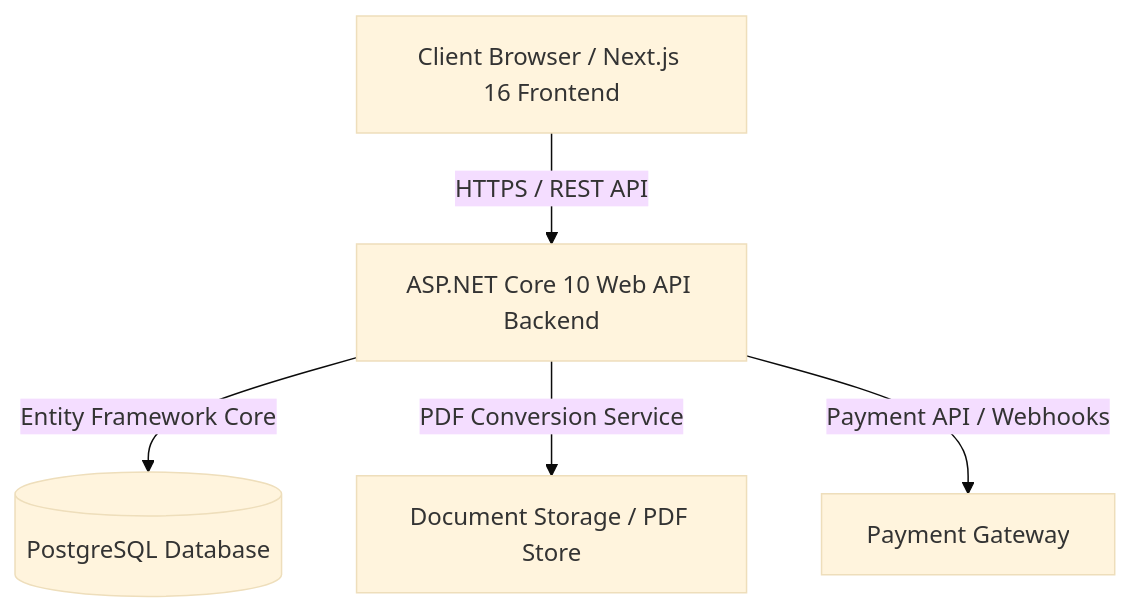
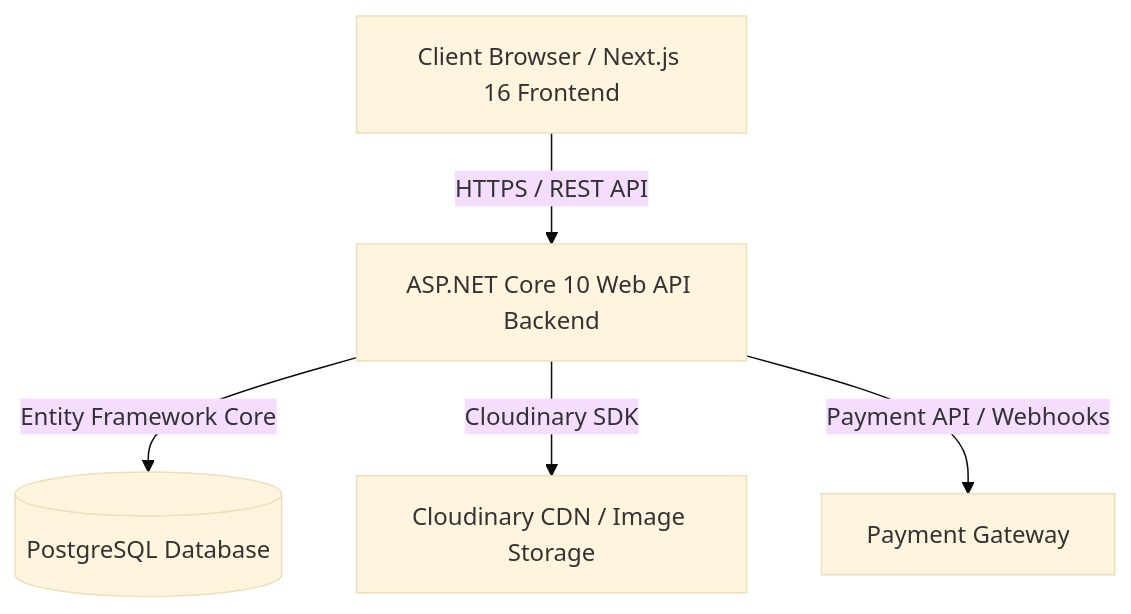
Before and after one commit to Saif-Smran/University-Club-Management-System: the diagram in README.md, drawn with Mermaid (base theme). The commit also changed other lines of this file and 6 other files, not shown here.

````diff
--- a/README.md
+++ b/README.md
@@ -46,7 +48,7 @@
 ```mermaid
 graph TD
     Client[Client Browser / Next.js 16 Frontend] -->|HTTPS / REST API| API[ASP.NET Core 10 Web API Backend]
     API -->|Entity Framework Core| DB[(PostgreSQL Database)]
-    API -->|PDF Conversion Service| Storage[Document Storage / PDF Store]
+    API -->|Cloudinary SDK| Cloudinary[Cloudinary CDN / Image Storage]
     API -->|Payment API / Webhooks| Gateway[Payment Gateway]
 ```
````
